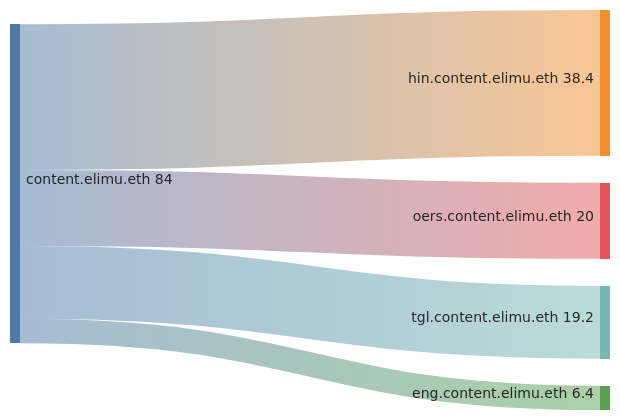
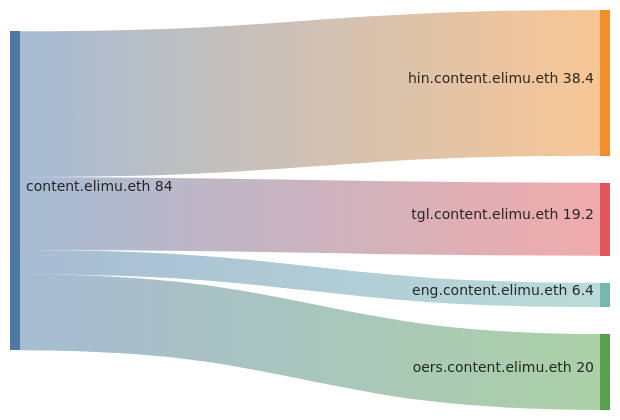
One commit to elimu-ai/web3-wiki changed the first of 3 diagrams in DRIP_LIST_FUNDING_SPLITS.md. Above: the diagram before and after it, drawn with Mermaid. The commit also changed other lines of this file, not shown here.

````diff
--- a/DRIP_LIST_FUNDING_SPLITS.md
+++ b/DRIP_LIST_FUNDING_SPLITS.md
@@ -23,9 +24,9 @@
 ```mermaid
 sankey-beta
 
 %% source,target,value
 content.elimu.eth,hin.content.elimu.eth,38.4
-content.elimu.eth,oers.content.elimu.eth,20
 content.elimu.eth,tgl.content.elimu.eth,19.2
 content.elimu.eth,eng.content.elimu.eth,6.4
+content.elimu.eth,oers.content.elimu.eth,20
 ```
````
